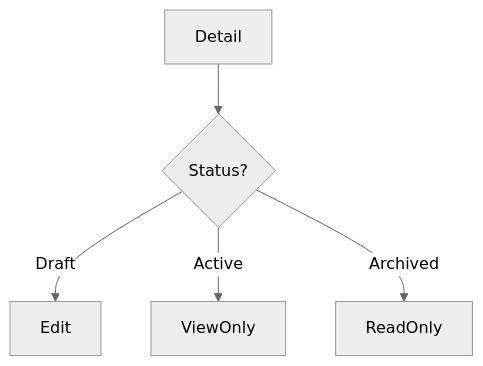
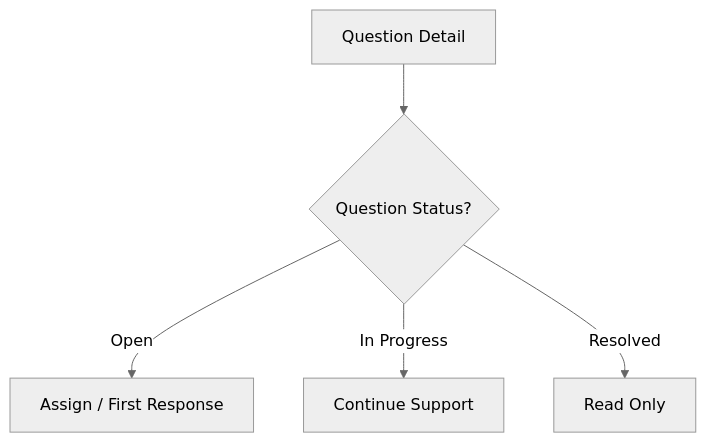
Before and after one commit to Asheze1127/progress-checker: the fourth of 6 diagrams in docs/details/03_screen-flow.md, drawn with Mermaid (neutral theme). The commit also changed other lines of this file, not shown here.

````diff
--- a/docs/details/03_screen-flow.md
+++ b/docs/details/03_screen-flow.md
@@ -89,7 +81,7 @@
 ```mermaid
 flowchart TD
-    Detail --> StatusCheck{Status?}
-    StatusCheck -->|Draft| Edit
-    StatusCheck -->|Active| ViewOnly
-    StatusCheck -->|Archived| ReadOnly
+    QD[Question Detail] --> StatusCheck{Question Status?}
+    StatusCheck -->|Open| AssignMentor[Assign / First Response]
+    StatusCheck -->|In Progress| ContinueThread[Continue Support]
+    StatusCheck -->|Resolved| ReadOnly[Read Only]
 ```
````
